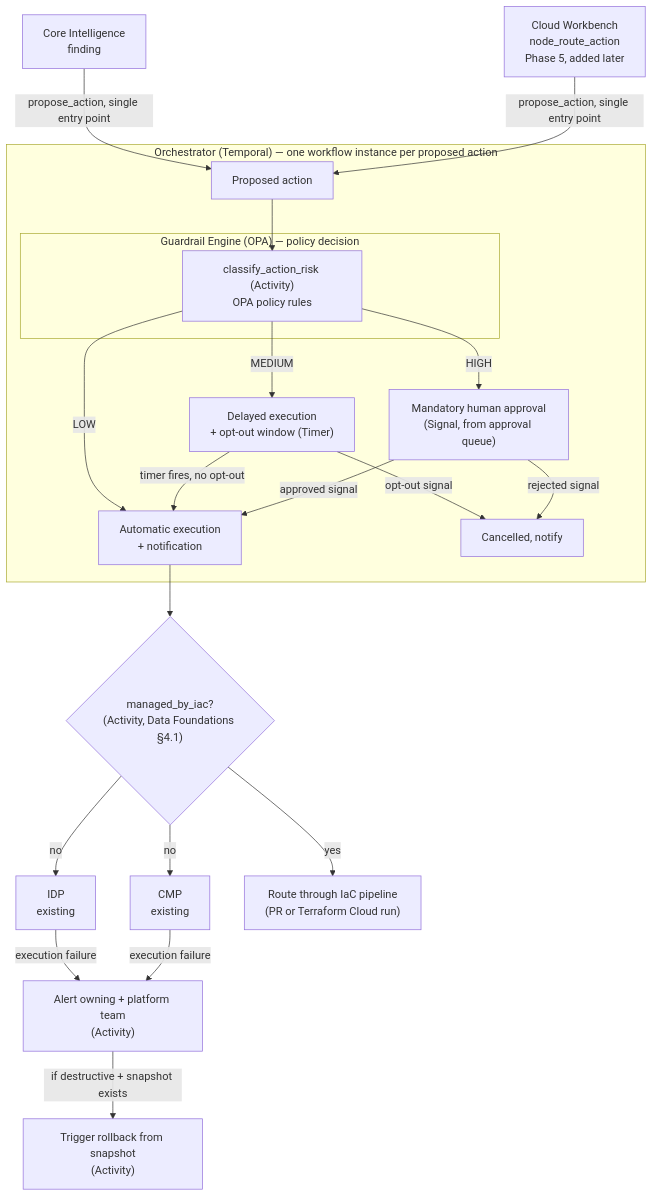
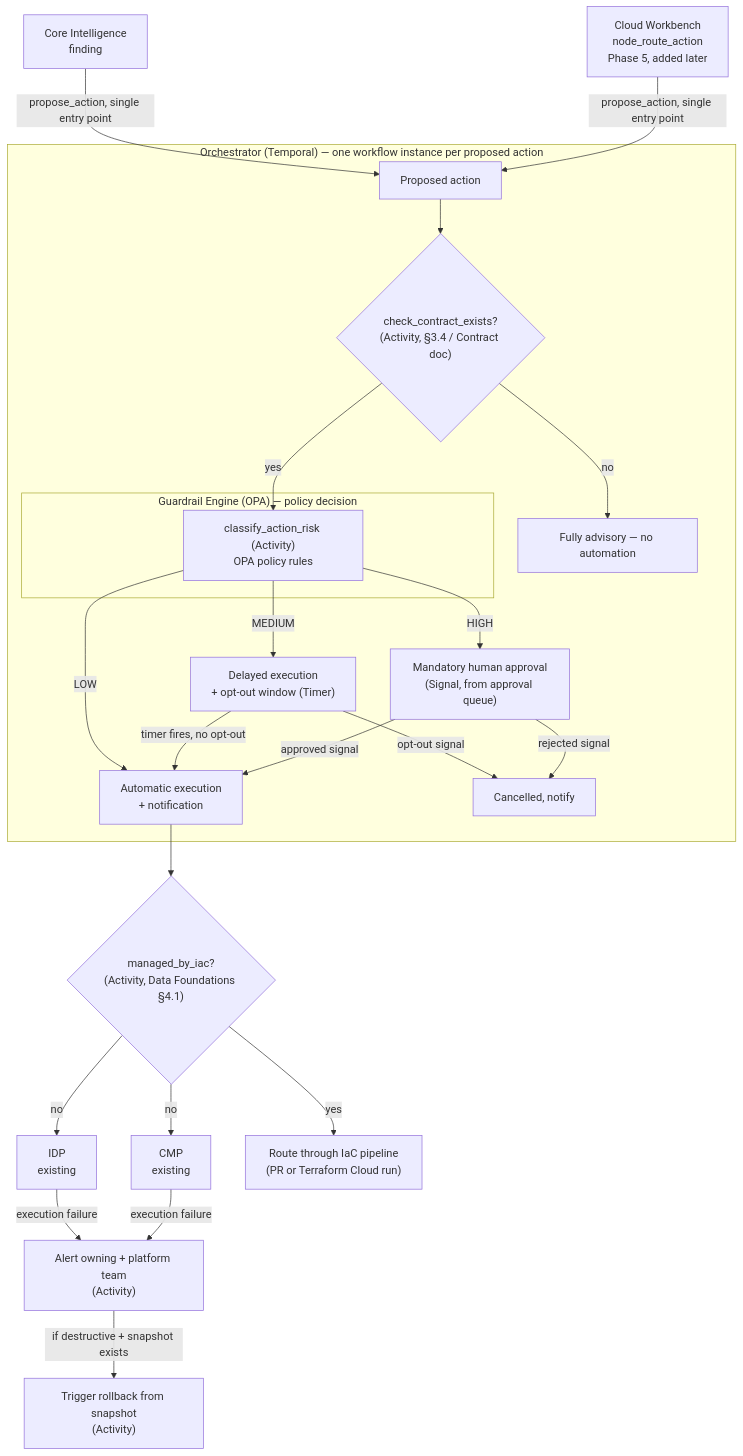
Before and after one commit to mbnest/finops-intelligence-platform: the diagram in docs/Solution_Architecture_Governed_Automation.md, drawn with Mermaid. The commit also changed other lines of this file and 3 other files, not shown here.

First line of the commit message:
Add the Governed Automation Horizontal/Vertical Contract doc

````diff
--- a/docs/Solution_Architecture_Governed_Automation.md
+++ b/docs/Solution_Architecture_Governed_Automation.md
@@ -48,27 +48,29 @@
 ```mermaid
 flowchart TD
     CI["Core Intelligence<br/>finding"] -->|propose_action, single entry point| P[Proposed action]
     CW["Cloud Workbench<br/>node_route_action<br/>Phase 5, added later"] -->|propose_action, single entry point| P
 
     subgraph WF["Orchestrator (Temporal) — one workflow instance per proposed action"]
-        P --> R
+        P --> CHECK{"check_contract_exists?<br/>(Activity, §3.4 / Contract doc)"}
+        CHECK -->|no| ADV["Fully advisory — no automation"]
+        CHECK -->|yes| R
         subgraph GUARD["Guardrail Engine (OPA) — policy decision"]
             R["classify_action_risk (Activity)<br/>OPA policy rules"]
         end
         R -->|LOW| AUTO[Automatic execution<br/>+ notification]
         R -->|MEDIUM| DELAY["Delayed execution<br/>+ opt-out window (Timer)"]
         R -->|HIGH| HUMAN["Mandatory human approval<br/>(Signal, from approval queue)"]
         DELAY -->|opt-out signal| CANCEL[Cancelled, notify]
         DELAY -->|timer fires, no opt-out| AUTO
         HUMAN -->|approved signal| AUTO
         HUMAN -->|rejected signal| CANCEL
     end
 
     AUTO --> IAC{"managed_by_iac?<br/>(Activity, Data Foundations §4.1)"}
     IAC -->|no| IDP["IDP<br/>existing"]
     IAC -->|no| CMP["CMP<br/>existing"]
     IAC -->|yes| TFPIPE["Route through IaC pipeline<br/>(PR or Terraform Cloud run)"]
     IDP -->|execution failure| FAIL["Alert owning + platform team<br/>(Activity)"]
     CMP -->|execution failure| FAIL
     FAIL -->|if destructive + snapshot exists| ROLLBACK["Trigger rollback from snapshot<br/>(Activity)"]
 ```
````
